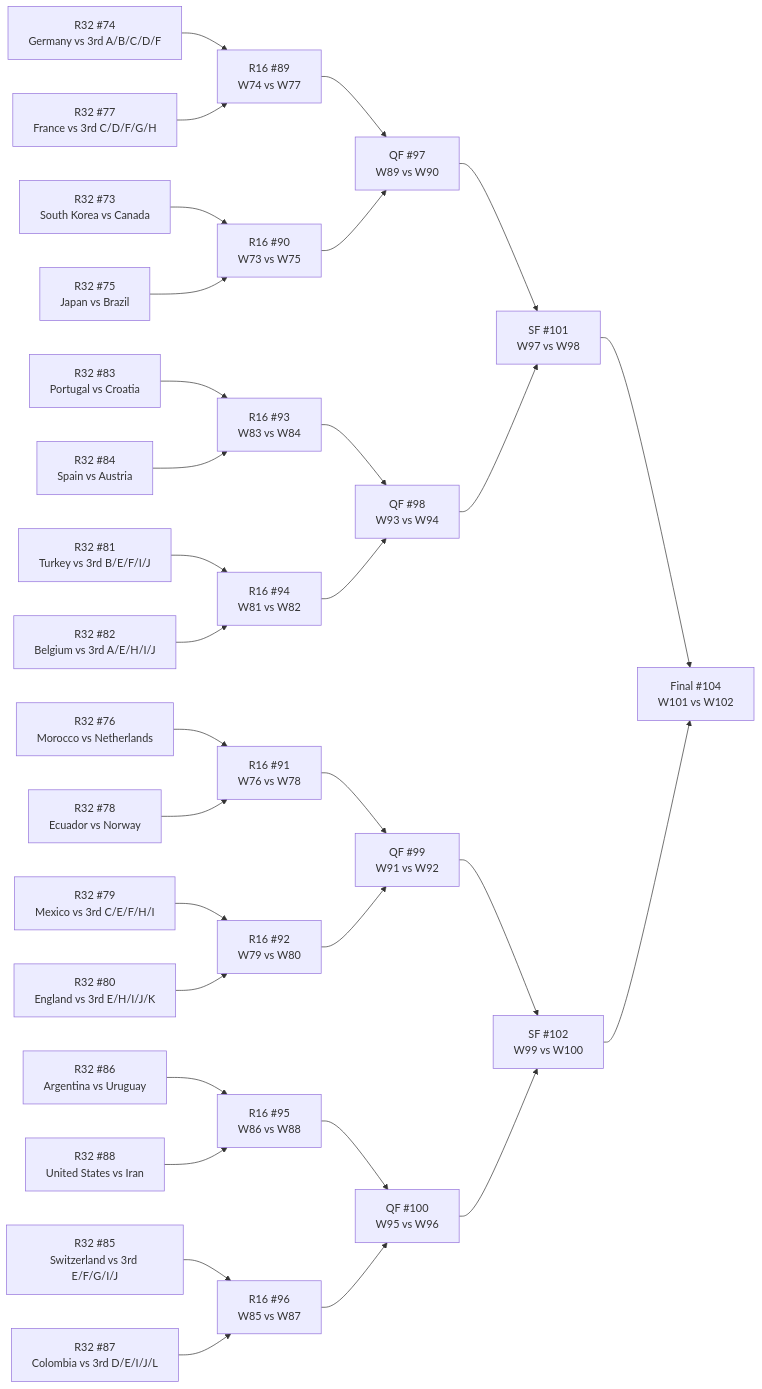
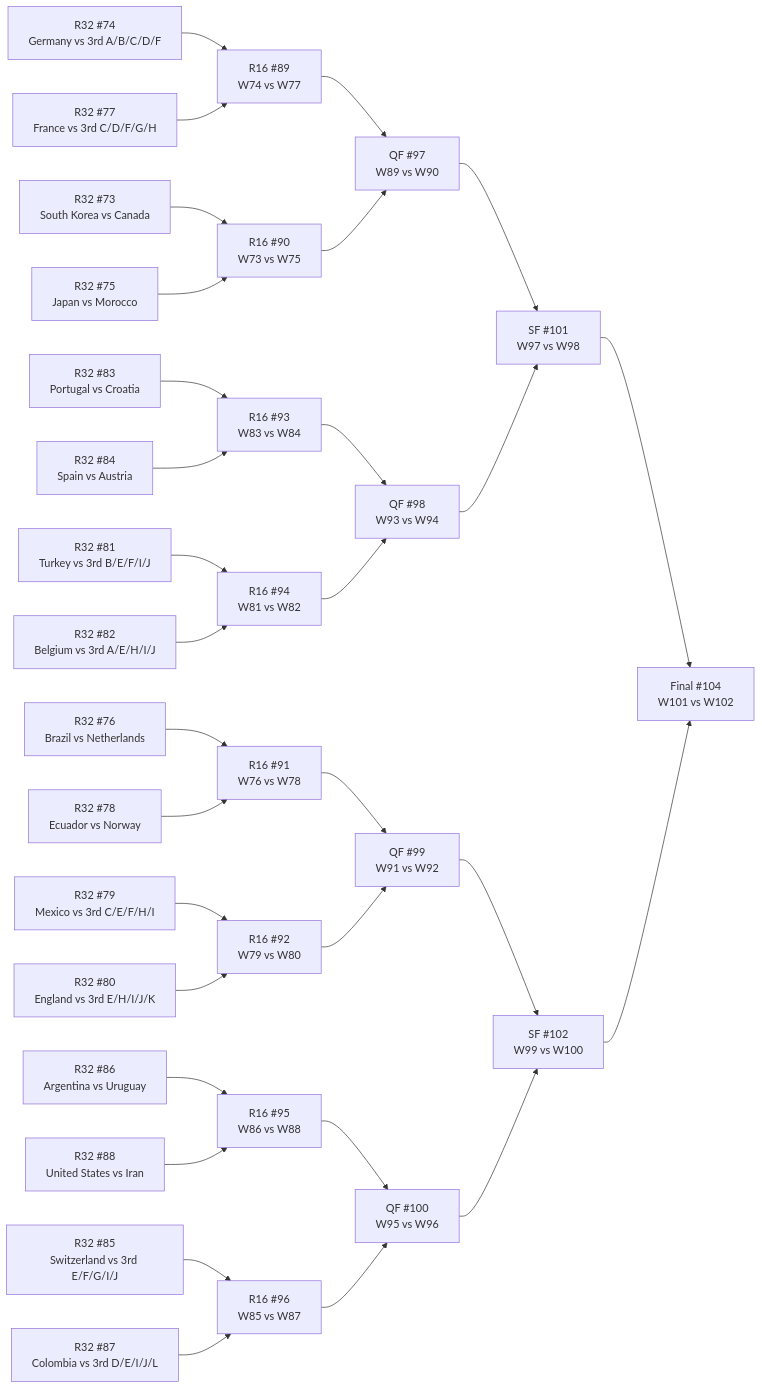
Before and after one commit to Tutai-Tran/WC-2026-predictor: the diagram in WC vault/_bracket.md, drawn with Mermaid. The commit also changed other lines of this file and 228 other files, not shown here.

````diff
--- a/WC vault/_bracket.md
+++ b/WC vault/_bracket.md
@@ -11,64 +11,64 @@
 ```mermaid
 flowchart LR
   M73["R32 #73<br>South Korea vs Canada"]
   M74["R32 #74<br>Germany vs 3rd A/B/C/D/F"]
-  M75["R32 #75<br>Japan vs Brazil"]
-  M76["R32 #76<br>Morocco vs Netherlands"]
+  M75["R32 #75<br>Japan vs Morocco"]
+  M76["R32 #76<br>Brazil vs Netherlands"]
   M77["R32 #77<br>France vs 3rd C/D/F/G/H"]
   M78["R32 #78<br>Ecuador vs Norway"]
   M79["R32 #79<br>Mexico vs 3rd C/E/F/H/I"]
   M80["R32 #80<br>England vs 3rd E/H/I/J/K"]
   M81["R32 #81<br>Turkey vs 3rd B/E/F/I/J"]
   M82["R32 #82<br>Belgium vs 3rd A/E/H/I/J"]
   M83["R32 #83<br>Portugal vs Croatia"]
   M84["R32 #84<br>Spain vs Austria"]
   M85["R32 #85<br>Switzerland vs 3rd E/F/G/I/J"]
   M86["R32 #86<br>Argentina vs Uruguay"]
   M87["R32 #87<br>Colombia vs 3rd D/E/I/J/L"]
   M88["R32 #88<br>United States vs Iran"]
   M89["R16 #89<br>W74 vs W77"]
   M90["R16 #90<br>W73 vs W75"]
   M91["R16 #91<br>W76 vs W78"]
   M92["R16 #92<br>W79 vs W80"]
   M93["R16 #93<br>W83 vs W84"]
   M94["R16 #94<br>W81 vs W82"]
   M95["R16 #95<br>W86 vs W88"]
   M96["R16 #96<br>W85 vs W87"]
   M97["QF #97<br>W89 vs W90"]
   M98["QF #98<br>W93 vs W94"]
   M99["QF #99<br>W91 vs W92"]
   M100["QF #100<br>W95 vs W96"]
   M101["SF #101<br>W97 vs W98"]
   M102["SF #102<br>W99 vs W100"]
   M104["Final #104<br>W101 vs W102"]
   M74 --> M89
   M77 --> M89
   M73 --> M90
   M75 --> M90
   M76 --> M91
   M78 --> M91
   M79 --> M92
   M80 --> M92
   M83 --> M93
   M84 --> M93
   M81 --> M94
   M82 --> M94
   M86 --> M95
   M88 --> M95
   M85 --> M96
   M87 --> M96
   M89 --> M97
   M90 --> M97
   M93 --> M98
   M94 --> M98
   M91 --> M99
   M92 --> M99
   M95 --> M100
   M96 --> M100
   M97 --> M101
   M98 --> M101
   M99 --> M102
   M100 --> M102
   M101 --> M104
   M102 --> M104
 ```
````
